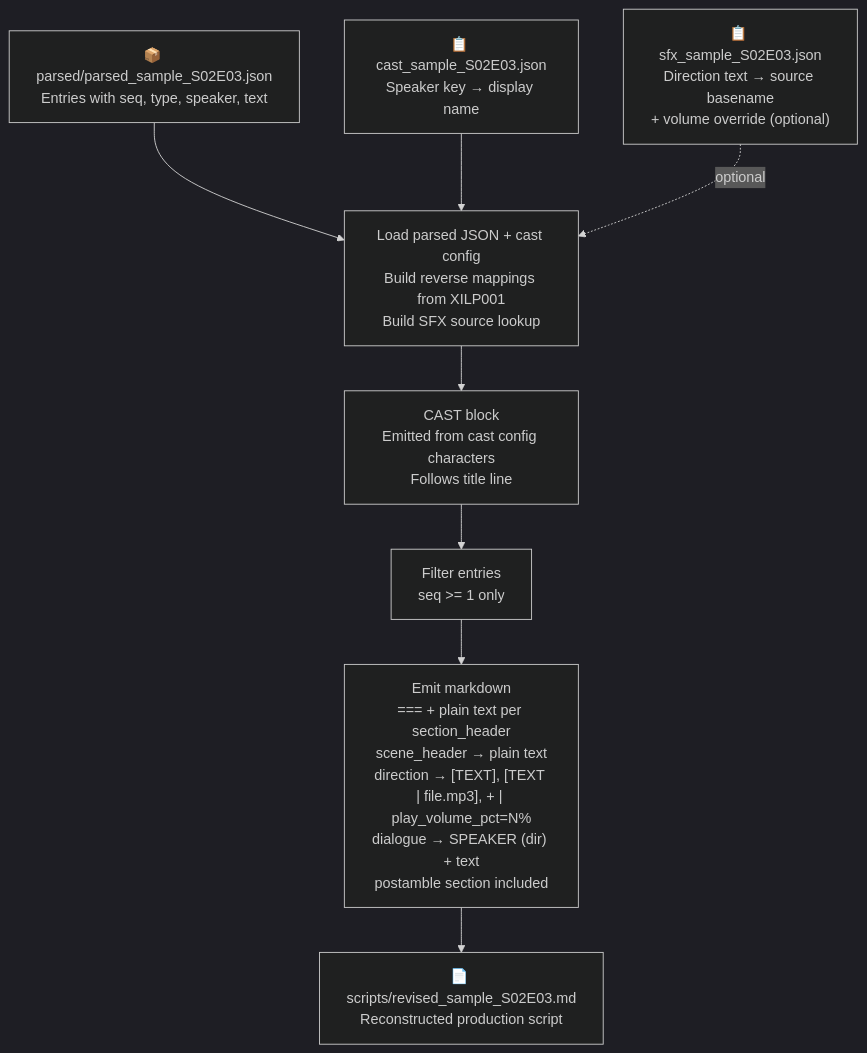
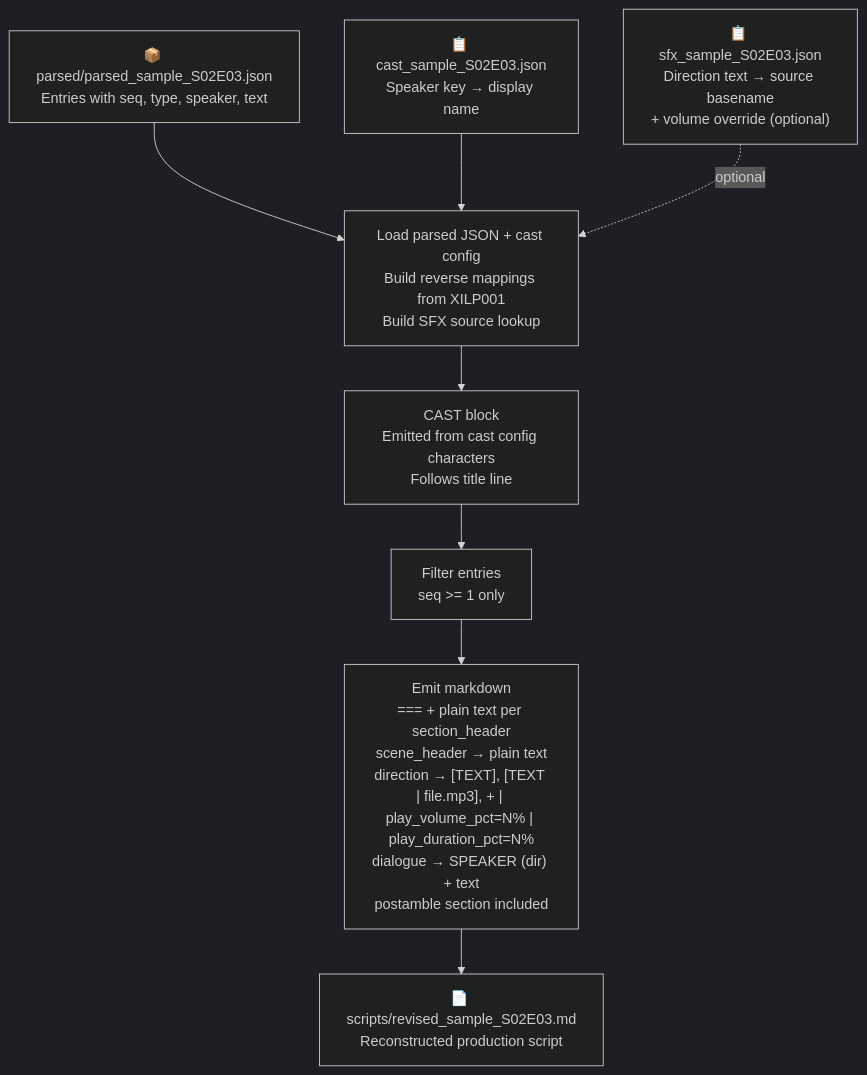
Before and after one commit to xilcmd/xil-pipeline: diagram 18 of 34 in docs/internals/pipeline.md, drawn with Mermaid (dark theme). The commit also changed other lines of this file and 13 other files, not shown here.

First line of the commit message:
feat(parse): add a play_duration_pct direction pipe-hint (#73)

````diff
--- a/docs/internals/pipeline.md
+++ b/docs/internals/pipeline.md
@@ -1334,32 +1338,32 @@
 ```mermaid
 flowchart TD
     PARSED["`📦 parsed/parsed_sample_S02E03.json
     Entries with seq, type, speaker, text`"]
     CAST["`📋 cast_sample_S02E03.json
     Speaker key → display name`"]
     SFX["`📋 sfx_sample_S02E03.json
     Direction text → source basename
     + volume override (optional)`"]
 
     LOAD["`Load parsed JSON + cast config
     Build reverse mappings from XILP001
     Build SFX source lookup`"]
     CAST_BLOCK["`CAST block
     Emitted from cast config characters
     Follows title line`"]
     FILTER["`Filter entries
     seq >= 1 only`"]
     EMIT["`Emit markdown
     === + plain text per section_header
     scene_header → plain text
-    direction → [TEXT], [TEXT | file.mp3], + | play_volume_pct=N%
+    direction → [TEXT], [TEXT | file.mp3], + | play_volume_pct=N% | play_duration_pct=N%
     dialogue → SPEAKER (dir) + text
     postamble section included`"]
 
     PARSED --> LOAD
     CAST --> LOAD
     SFX -.->|optional| LOAD
     LOAD --> CAST_BLOCK --> FILTER --> EMIT
     EMIT --> OUTPUT["`📄 scripts/revised_sample_S02E03.md
     Reconstructed production script`"]
 ```
````
